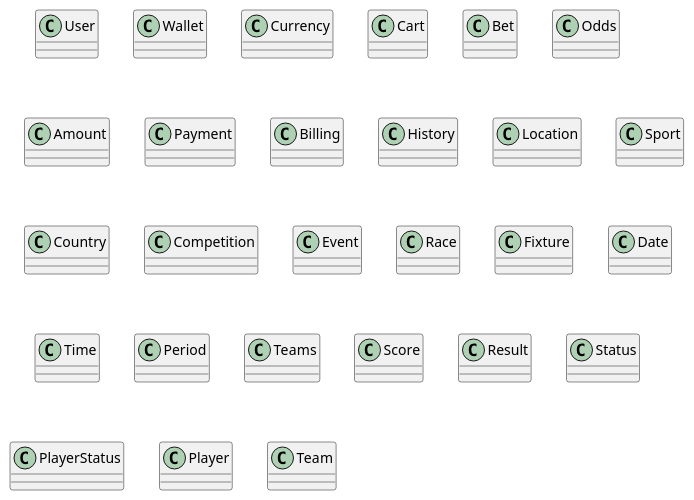
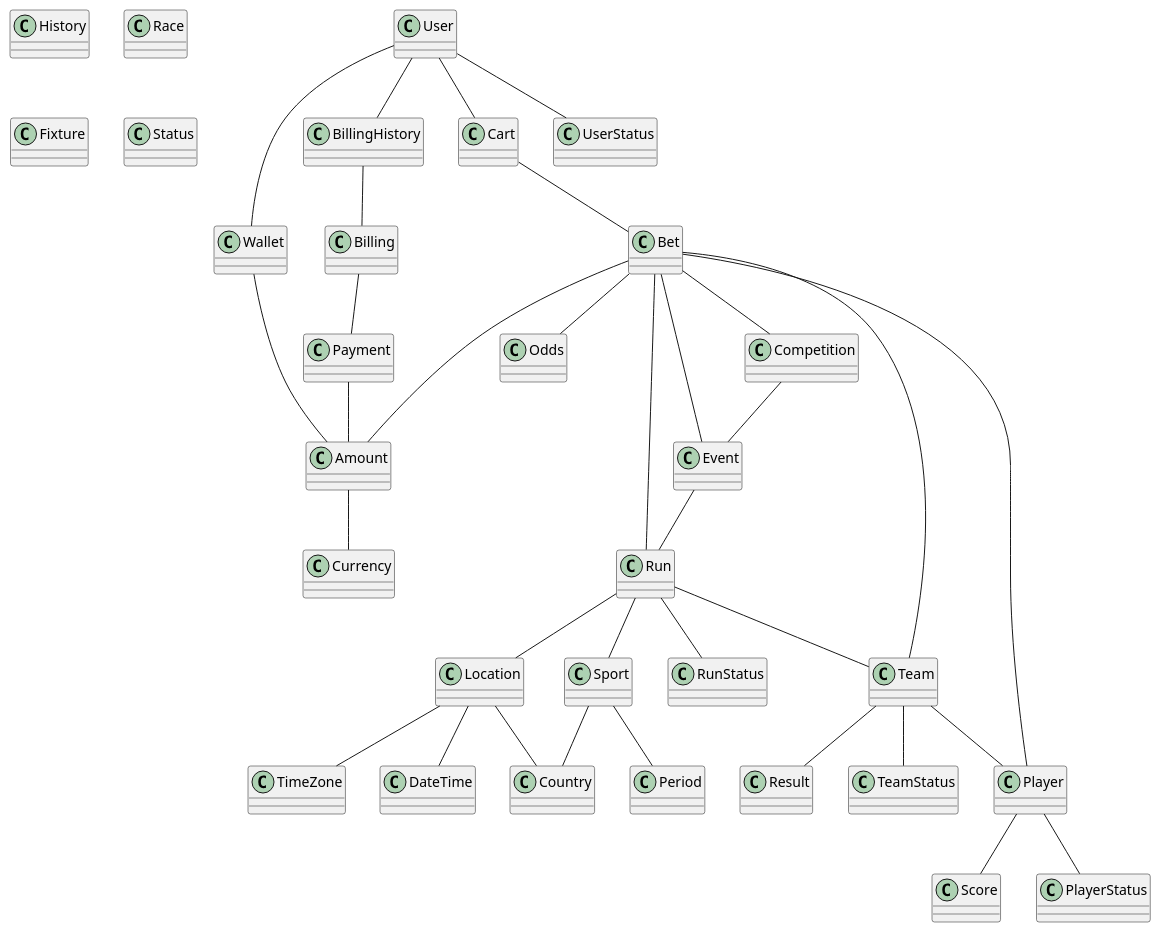
The diagram in Diagramme_de_classe.puml (OFP-CDA-Mulhouse-2020/parisportif5), drawn with PlantUML before and after one commit. The commit also changed 1 other file, not shown here.

Commit message:
premier pas sur le diagramme de classe

```diff
--- a/Diagramme_de_classe.puml
+++ b/Diagramme_de_classe.puml
@@ -1,29 +1,60 @@
 @startuml parisportif5
+User -- Wallet
+User -- Cart
+User -- UserStatus
+User -- BillingHistory
+BillingHistory -- Billing
+Wallet -- Amount
+Amount -- Currency
+Cart -- Bet
+Bet -- Amount
+Bet -- Odds
+Billing -- Payment
+Payment -- Amount
+Competition -- Event
+Event -- Run
+Run -- Sport
+Run -- RunStatus
+Run -- Location
+Team -- Result
+Player -- Score
+Location -- Country
+Location -- TimeZone
+Location -- DateTime
+Sport -- Period
+Sport -- Country
+Run -- Team
+Team -- Player
+Team -- TeamStatus
+Player -- PlayerStatus
+Bet -- Competition
+Bet -- Event
+Bet -- Run
+Bet -- Team
+Bet -- Player
 class User
 class Wallet
 class Currency
 class Cart
 class Bet
 class Odds
 class Amount
 class Payment
 class Billing
 class History
 class Location
 class Sport
 class Country
 class Competition
 class Event
 class Race
 class Fixture
-class Date
-class Time
+class DateTime
 class Period
-class Teams
 class Score
 class Result
 class Status
 class PlayerStatus
 class Player
 class Team
 @enduml
```
